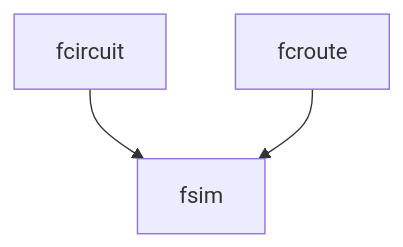
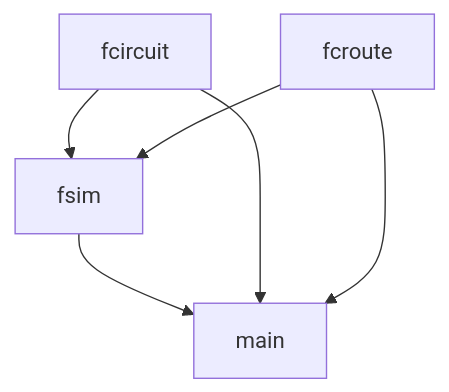
The first of 2 diagrams in &hacks/Specification/Naive architectural overview.md (Roboticy3/flex_logic), drawn with Mermaid before and after one commit. The commit also changed other lines of this file and 2 other files, not shown here.

Commit message:
Finish naive architectural overview

````diff
--- a/&hacks/Specification/Naive architectural overview.md
+++ b/&hacks/Specification/Naive architectural overview.md
@@ -3,5 +9,8 @@
 ```mermaid
 graph TD
 fcircuit --> fsim
 fcroute --> fsim
+fsim --> main
+fcircuit --> main
+fcroute --> main
 ```
````
